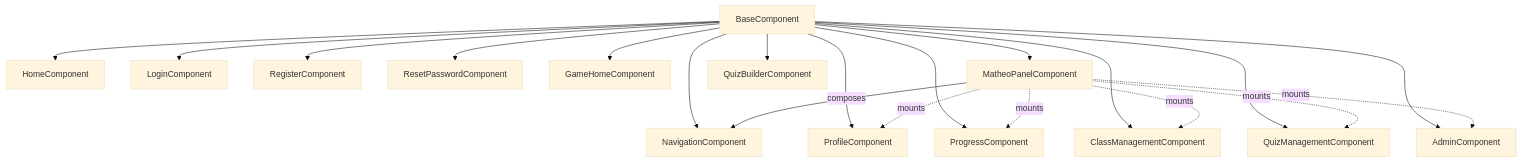
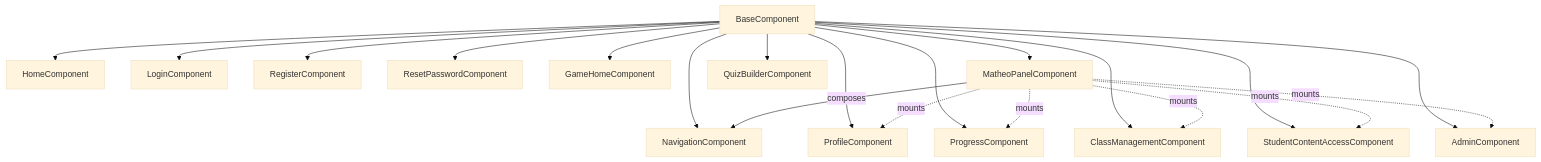
One commit to Vassili-REGNIER/matheopolis changed the diagram in .ai/architecture/frontend/ui-components.md. Above: the diagram before and after it, drawn with Mermaid (base theme). The commit also changed other lines of this file and 4 other files, not shown here.

First line of the commit message:
feat: introduce StudentContentAccessComponent and update navigation

````diff
--- a/.ai/architecture/frontend/ui-components.md
+++ b/.ai/architecture/frontend/ui-components.md
@@ -55,22 +55,22 @@
 ```mermaid
 flowchart TD
   BaseComponent --> HomeComponent
   BaseComponent --> LoginComponent
   BaseComponent --> RegisterComponent
   BaseComponent --> ResetPasswordComponent
   BaseComponent --> GameHomeComponent
   BaseComponent --> MatheoPanelComponent
   BaseComponent --> NavigationComponent
   BaseComponent --> ProfileComponent
   BaseComponent --> ProgressComponent
   BaseComponent --> ClassManagementComponent
-  BaseComponent --> QuizManagementComponent
+  BaseComponent --> StudentContentAccessComponent
   BaseComponent --> QuizBuilderComponent
   BaseComponent --> AdminComponent
   MatheoPanelComponent -->|composes| NavigationComponent
   MatheoPanelComponent -.->|mounts| ProfileComponent
   MatheoPanelComponent -.->|mounts| ProgressComponent
   MatheoPanelComponent -.->|mounts| ClassManagementComponent
-  MatheoPanelComponent -.->|mounts| QuizManagementComponent
+  MatheoPanelComponent -.->|mounts| StudentContentAccessComponent
   MatheoPanelComponent -.->|mounts| AdminComponent
 ```
````
